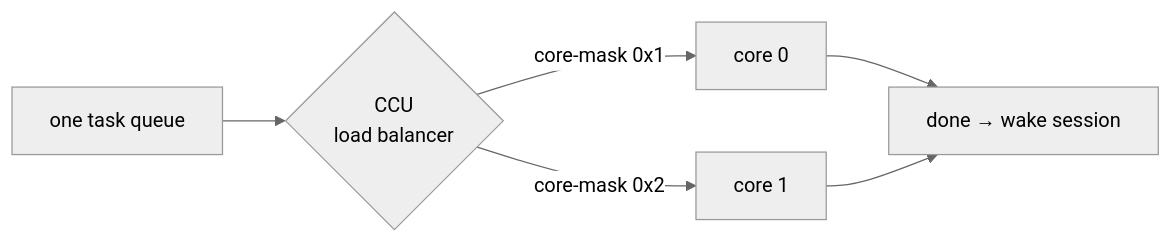
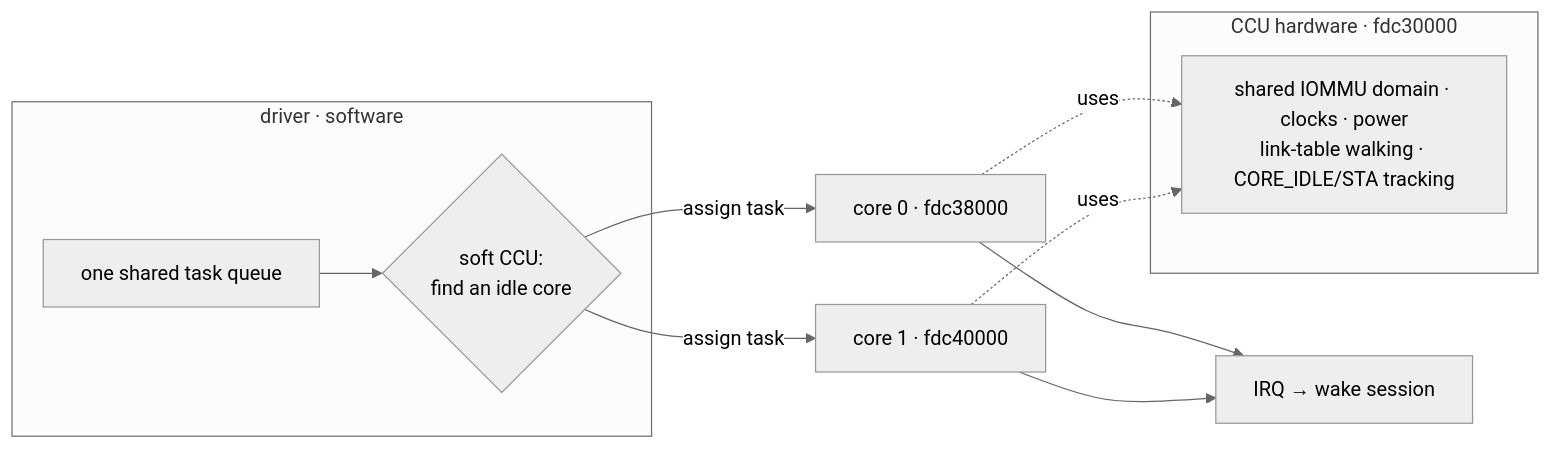
One commit to yisding/rock-5b-ysp changed the seventh of 7 diagrams in docs/09-how-the-drivers-work.md. Above: the diagram before and after it, drawn with Mermaid (neutral theme). The commit also changed other lines of this file and 1 other file, not shown here.

````diff
--- a/docs/09-how-the-drivers-work.md
+++ b/docs/09-how-the-drivers-work.md
@@ -211,8 +281,15 @@
 ```mermaid
 flowchart LR
-  q["one task queue"] --> ccu{"CCU<br/>load balancer"}
-  ccu -->|core-mask 0x1| c0["core 0"]
-  ccu -->|core-mask 0x2| c1["core 1"]
-  c0 --> d["done → wake session"]
-  c1 --> d
+  subgraph SW["driver · software"]
+    q["one shared task queue"] --> pick{"soft CCU:<br/>find an idle core"}
+  end
+  pick -->|assign task| c0["core 0 · fdc38000"]
+  pick -->|assign task| c1["core 1 · fdc40000"]
+  subgraph HW["CCU hardware · fdc30000"]
+    shared["shared IOMMU domain · clocks · power<br/>link-table walking · CORE_IDLE/STA tracking"]
+  end
+  c0 -. uses .-> shared
+  c1 -. uses .-> shared
+  c0 --> done["IRQ → wake session"]
+  c1 --> done
 ```
````
